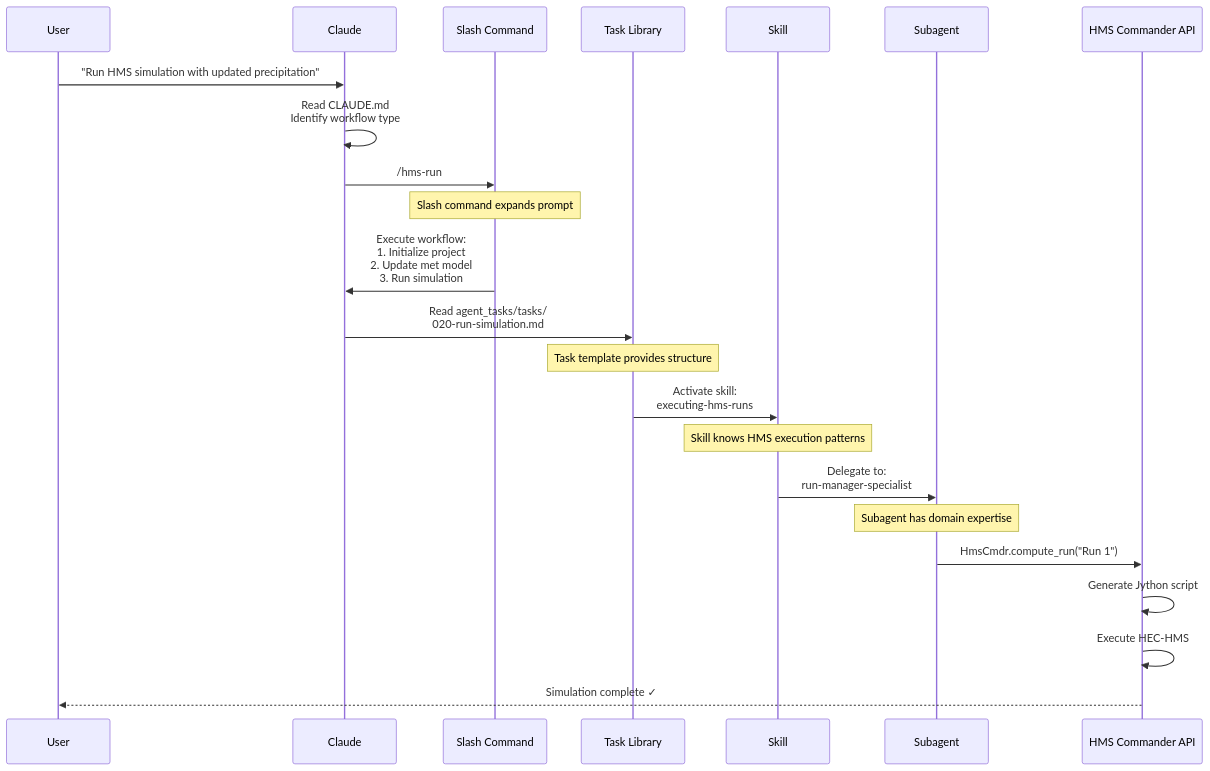
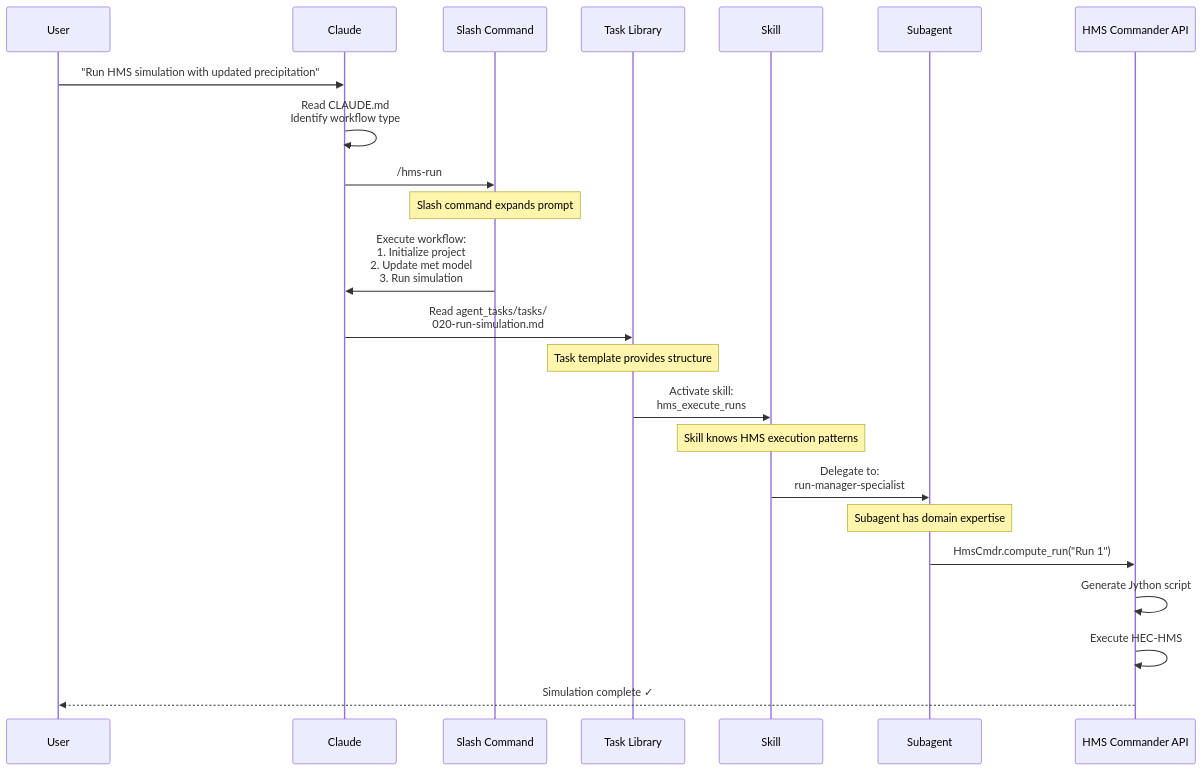
Before and after one commit to gpt-cmdr/hms-commander: the third of 6 diagrams in docs/llm_dev/cognitive_architecture.md, drawn with Mermaid. The commit also changed other lines of this file and 28 other files, not shown here.

````diff
--- a/docs/llm_dev/cognitive_architecture.md
+++ b/docs/llm_dev/cognitive_architecture.md
@@ -108,33 +108,33 @@
 ```mermaid
 sequenceDiagram
     participant User
     participant Claude
     participant Command as Slash Command
     participant Task as Task Library
     participant Skill
     participant Subagent
     participant Code as HMS Commander API
 
     User->>Claude: "Run HMS simulation with updated precipitation"
 
     Claude->>Claude: Read CLAUDE.md<br/>Identify workflow type
 
     Claude->>Command: /hms-run
     Note over Command: Slash command expands prompt
 
     Command->>Claude: Execute workflow:<br/>1. Initialize project<br/>2. Update met model<br/>3. Run simulation
 
     Claude->>Task: Read agent_tasks/tasks/<br/>020-run-simulation.md
     Note over Task: Task template provides structure
 
-    Task->>Skill: Activate skill:<br/>executing-hms-runs
+    Task->>Skill: Activate skill:<br/>hms_execute_runs
     Note over Skill: Skill knows HMS execution patterns
 
     Skill->>Subagent: Delegate to:<br/>run-manager-specialist
     Note over Subagent: Subagent has domain expertise
 
     Subagent->>Code: HmsCmdr.compute_run("Run 1")
     Code->>Code: Generate Jython script
     Code->>Code: Execute HEC-HMS
     Code-->>User: Simulation complete ✓
 ```
````
